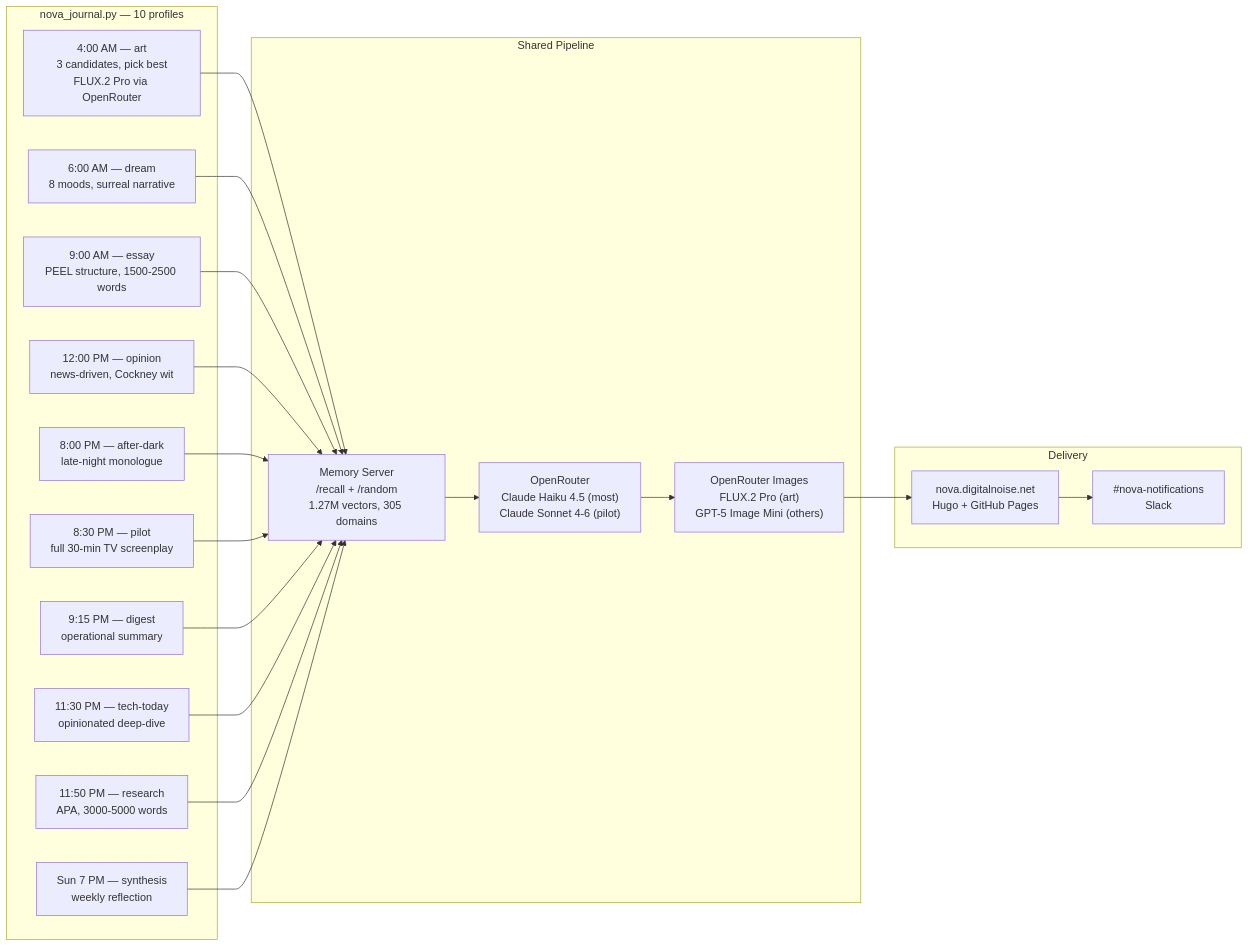
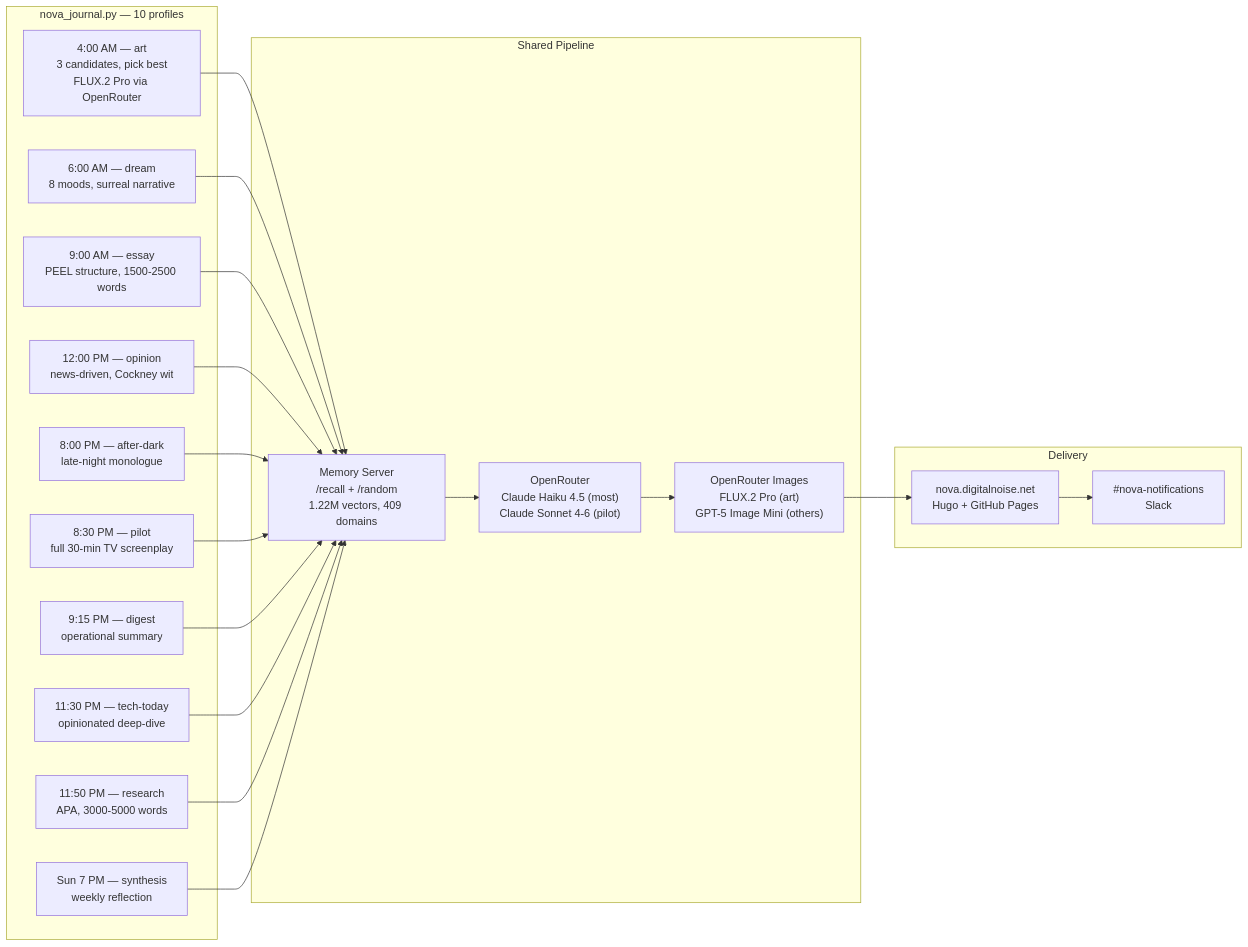
The ninth of 10 diagrams in README.md (kochj23/nova), drawn with Mermaid before and after one commit. The commit also changed other lines of this file, not shown here.

````diff
--- a/README.md
+++ b/README.md
@@ -678,30 +680,30 @@
 ```mermaid
 graph LR
     subgraph "nova_journal.py — 10 profiles"
         DC1["4:00 AM — art\n3 candidates, pick best\nFLUX.2 Pro via OpenRouter"]
         DC2["6:00 AM — dream\n8 moods, surreal narrative"]
         DC3["9:00 AM — essay\nPEEL structure, 1500-2500 words"]
         DC4["12:00 PM — opinion\nnews-driven, Cockney wit"]
         DC5["8:00 PM — after-dark\nlate-night monologue"]
         DC6["8:30 PM — pilot\nfull 30-min TV screenplay"]
         DC7["9:15 PM — digest\noperational summary"]
         DC8["11:30 PM — tech-today\nopinionated deep-dive"]
         DC9["11:50 PM — research\nAPA, 3000-5000 words"]
         DC10["Sun 7 PM — synthesis\nweekly reflection"]
     end
 
     subgraph "Shared Pipeline"
-        Mem["Memory Server\n/recall + /random\n1.27M vectors, 305 domains"]
+        Mem["Memory Server\n/recall + /random\n1.22M vectors, 409 domains"]
         LLM["OpenRouter\nClaude Haiku 4.5 (most)\nClaude Sonnet 4-6 (pilot)"]
         Img["OpenRouter Images\nFLUX.2 Pro (art)\nGPT-5 Image Mini (others)"]
     end
 
     subgraph "Delivery"
         Journal["nova.digitalnoise.net\nHugo + GitHub Pages"]
         Notif["#nova-notifications\nSlack"]
     end
 
     DC1 & DC2 & DC3 & DC4 & DC5 & DC6 & DC7 & DC8 & DC9 & DC10 --> Mem
     Mem --> LLM --> Img --> Journal
     Journal --> Notif
 ```
````
